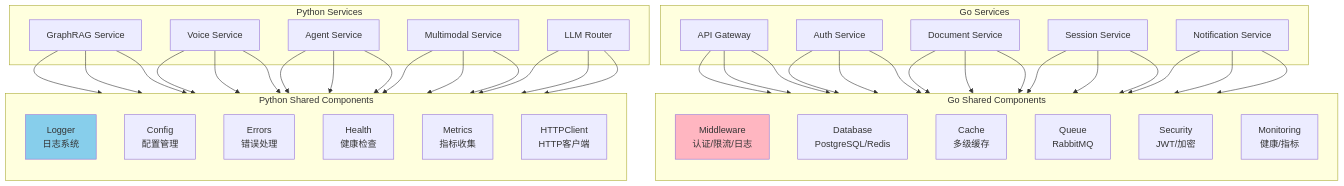
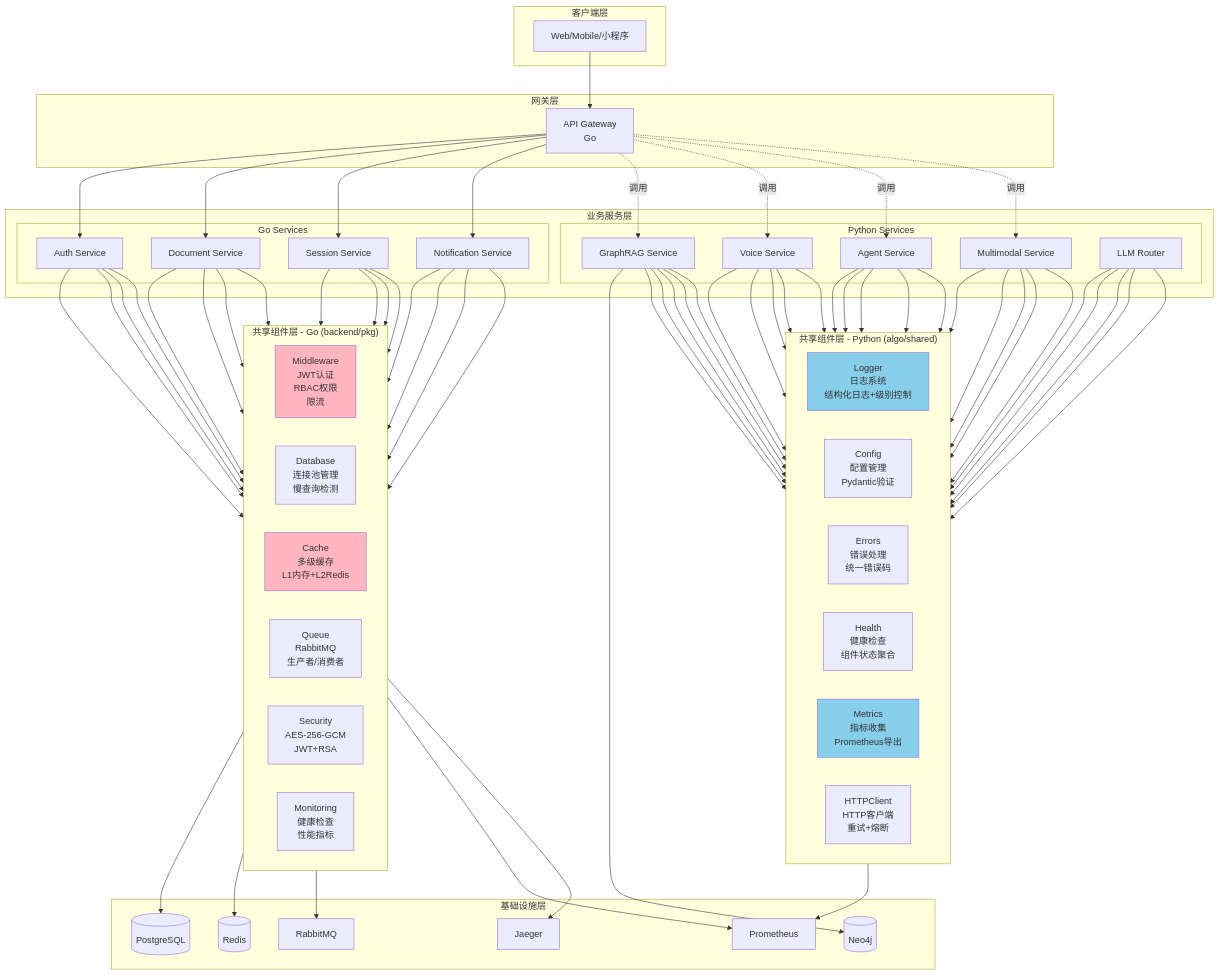
One commit to haoyunlt/myblog changed the first of 7 diagrams in content/posts/VoiceHelper-11-Shared共享组件.md. Above: the diagram before and after it, drawn with Mermaid. The commit also changed other lines of this file and 13 other files, not shown here.

````diff
--- a/content/posts/VoiceHelper-11-Shared共享组件.md
+++ b/content/posts/VoiceHelper-11-Shared共享组件.md
@@ -42,49 +48,85 @@
 ```mermaid
 flowchart TB
-    subgraph "Python Services"
-        GRAPHRAG[GraphRAG Service]
-        VOICE[Voice Service]
-        AGENT[Agent Service]
-        MULTIMODAL[Multimodal Service]
-        LLMROUTER[LLM Router]
+    subgraph "客户端层"
+        CLIENT[Web/Mobile/小程序]
     end
     
-    subgraph "Python Shared Components"
-        direction TB
-        PY_LOGGER[Logger<br/>日志系统]
-        PY_CONFIG[Config<br/>配置管理]
-        PY_ERROR[Errors<br/>错误处理]
-        PY_HEALTH[Health<br/>健康检查]
-        PY_METRICS[Metrics<br/>指标收集]
-        PY_HTTP[HTTPClient<br/>HTTP客户端]
+    subgraph "网关层"
+        GATEWAY[API Gateway<br/>Go]
     end
     
-    subgraph "Go Services"
-        GATEWAY[API Gateway]
-        AUTH[Auth Service]
-        DOC[Document Service]
-        SESSION[Session Service]
-        NOTIFY[Notification Service]
+    subgraph "业务服务层"
+        subgraph "Go Services"
+            AUTH[Auth Service]
+            DOC[Document Service]
+            SESSION[Session Service]
+            NOTIFY[Notification Service]
+        end
+        
+        subgraph "Python Services"
+            GRAPHRAG[GraphRAG Service]
+            VOICE[Voice Service]
+            AGENT[Agent Service]
+            MULTIMODAL[Multimodal Service]
+            LLMROUTER[LLM Router]
+        end
     end
     
-    subgraph "Go Shared Components"
-        direction TB
-        GO_MIDDLEWARE[Middleware<br/>认证/限流/日志]
-        GO_DATABASE[Database<br/>PostgreSQL/Redis]
-        GO_CACHE[Cache<br/>多级缓存]
-        GO_QUEUE[Queue<br/>RabbitMQ]
-        GO_SECURITY[Security<br/>JWT/加密]
-        GO_MONITORING[Monitoring<br/>健康/指标]
+    subgraph "共享组件层 - Python (algo/shared)"
+        direction LR
+        PY_LOGGER[Logger<br/>日志系统<br/>结构化日志+级别控制]
+        PY_CONFIG[Config<br/>配置管理<br/>Pydantic验证]
+        PY_ERROR[Errors<br/>错误处理<br/>统一错误码]
+        PY_HEALTH[Health<br/>健康检查<br/>组件状态聚合]
+        PY_METRICS[Metrics<br/>指标收集<br/>Prometheus导出]
+        PY_HTTP[HTTPClient<br/>HTTP客户端<br/>重试+熔断]
     end
+    
+    subgraph "共享组件层 - Go (backend/pkg)"
+        direction LR
+        GO_MIDDLEWARE[Middleware<br/>JWT认证<br/>RBAC权限<br/>限流]
+        GO_DATABASE[Database<br/>连接池管理<br/>慢查询检测]
+        GO_CACHE[Cache<br/>多级缓存<br/>L1内存+L2Redis]
+        GO_QUEUE[Queue<br/>RabbitMQ<br/>生产者/消费者]
+        GO_SECURITY[Security<br/>AES-256-GCM<br/>JWT+RSA]
+        GO_MONITORING[Monitoring<br/>健康检查<br/>性能指标]
+    end
+    
+    subgraph "基础设施层"
+        POSTGRES[(PostgreSQL)]
+        REDIS[(Redis)]
+        NEO4J[(Neo4j)]
+        RABBITMQ[RabbitMQ]
+        PROMETHEUS[Prometheus]
+        JAEGER[Jaeger]
+    end
+    
+    CLIENT --> GATEWAY
+    GATEWAY --> AUTH & DOC & SESSION & NOTIFY
+    GATEWAY -.调用.-> GRAPHRAG & VOICE & AGENT & MULTIMODAL
+    
+    AUTH & DOC & SESSION & NOTIFY --> GO_MIDDLEWARE
+    AUTH & DOC & SESSION & NOTIFY --> GO_DATABASE
+    AUTH & DOC & SESSION & NOTIFY --> GO_CACHE
+    AUTH & DOC & SESSION & NOTIFY --> GO_SECURITY
     
     GRAPHRAG & VOICE & AGENT & MULTIMODAL & LLMROUTER --> PY_LOGGER
     GRAPHRAG & VOICE & AGENT & MULTIMODAL & LLMROUTER --> PY_CONFIG
     GRAPHRAG & VOICE & AGENT & MULTIMODAL & LLMROUTER --> PY_ERROR
+    GRAPHRAG & VOICE & AGENT & MULTIMODAL & LLMROUTER --> PY_HEALTH
+    GRAPHRAG & VOICE & AGENT & MULTIMODAL & LLMROUTER --> PY_METRICS
     
-    GATEWAY & AUTH & DOC & SESSION & NOTIFY --> GO_MIDDLEWARE
-    GATEWAY & AUTH & DOC & SESSION & NOTIFY --> GO_DATABASE
-    GATEWAY & AUTH & DOC & SESSION & NOTIFY --> GO_CACHE
+    GO_DATABASE --> POSTGRES
+    GO_CACHE --> REDIS
+    GO_QUEUE --> RABBITMQ
+    GRAPHRAG --> NEO4J
+    
+    PY_METRICS --> PROMETHEUS
+    GO_MONITORING --> PROMETHEUS
+    GO_MIDDLEWARE --> JAEGER
     
     style PY_LOGGER fill:#87CEEB
+    style PY_METRICS fill:#87CEEB
     style GO_MIDDLEWARE fill:#FFB6C1
+    style GO_CACHE fill:#FFB6C1
 ```
````
